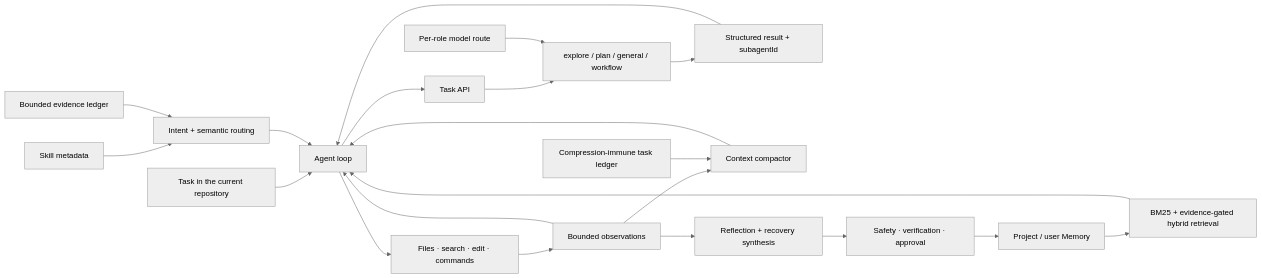
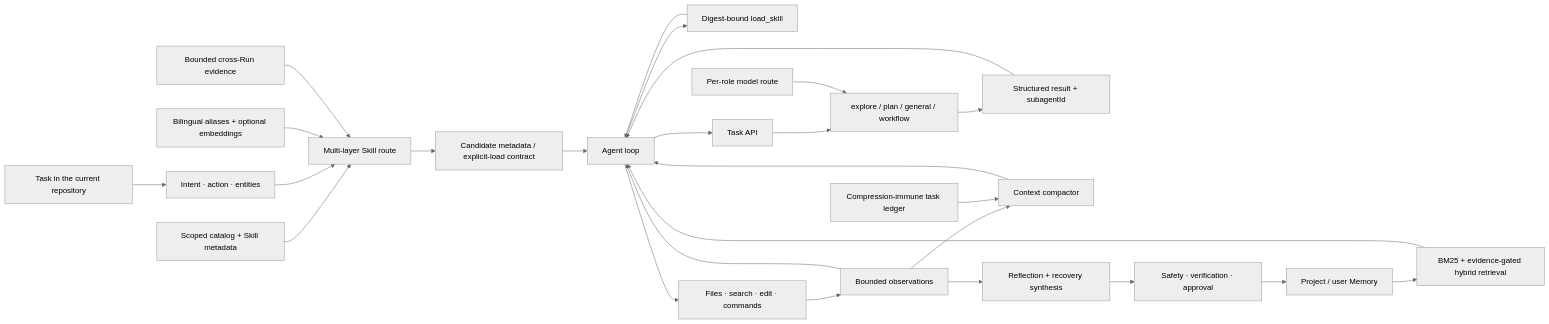
The diagram in README.md (zrb3052796119/CodeLoop), drawn with Mermaid (neutral theme) before and after one commit. The commit also changed other lines of this file and 6 other files, not shown here.

````diff
--- a/README.md
+++ b/README.md
@@ -102,27 +123,32 @@
 ```mermaid
 flowchart LR
-    User["Task in the current repository"] --> Loop["Agent loop"]
+    User["Task in the current repository"] --> Intent["Intent · action · entities"]
+    SkillCatalog["Scoped catalog + Skill metadata"] --> SkillRoute["Multi-layer Skill route"]
+    Intent --> SkillRoute
+    Semantics["Bilingual aliases + optional embeddings"] --> SkillRoute
+    SkillEvidence["Bounded cross-Run evidence"] --> SkillRoute
+    SkillRoute --> Prompt["Candidate metadata / explicit-load contract"]
+    Prompt --> Loop["Agent loop"]
+    Loop --> SkillLoad["Digest-bound load_skill"]
+    SkillLoad --> Loop
+
     Loop --> Tools["Files · search · edit · commands"]
     Tools --> Obs["Bounded observations"]
     Obs --> Loop
 
     Loop --> TaskAPI["Task API"]
     TaskAPI --> Children["explore / plan / general / workflow"]
     RoleRoute["Per-role model route"] --> Children
     Children --> Result["Structured result + subagentId"]
     Result --> Loop
 
     Obs --> Compact["Context compactor"]
     Ledger["Compression-immune task ledger"] --> Compact
     Compact --> Loop
 
     Obs --> Reflect["Reflection + recovery synthesis"]
     Reflect --> Evidence["Safety · verification · approval"]
     Evidence --> Store["Project / user Memory"]
     Store --> Retrieve["BM25 + evidence-gated hybrid retrieval"]
     Retrieve --> Loop
-
-    SkillCatalog["Skill metadata"] --> SkillRoute["Intent + semantic routing"]
-    SkillEvidence["Bounded evidence ledger"] --> SkillRoute
-    SkillRoute --> Loop
 ```
````
